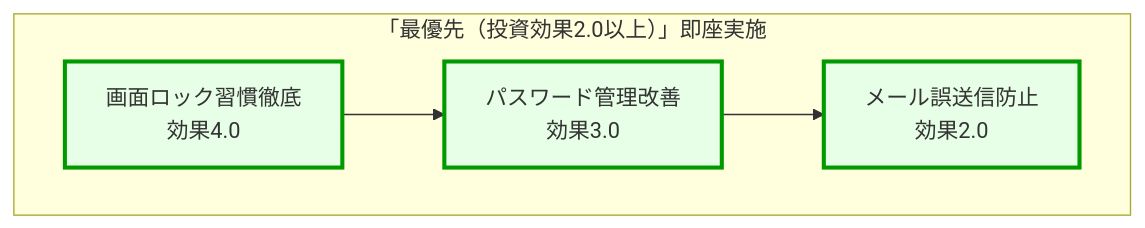
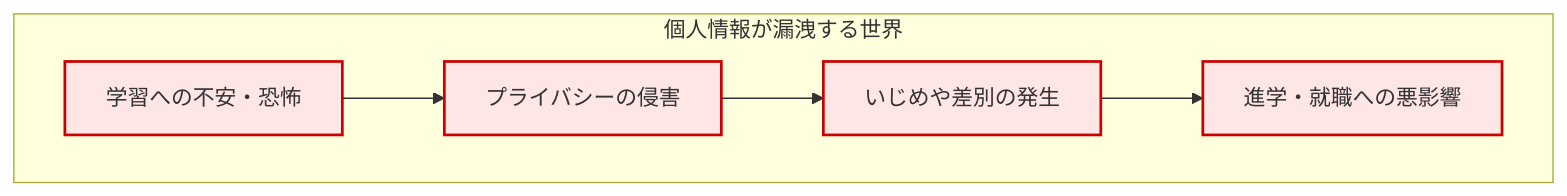
Before and after one commit to nahisaho/zenn-writing-collection: the first of 8 diagrams in books/d87165478af519/chapter10.md, drawn with Mermaid. The commit also changed other lines of this file and 17 other files, not shown here.

````diff
--- a/books/d87165478af519/chapter10.md
+++ b/books/d87165478af519/chapter10.md
@@ -266,12 +19,13 @@
 ```mermaid
 graph TB
-    subgraph 最優先[「最優先（投資効果2.0以上）」即座実施]
-        A1[画面ロック習慣徹底<br/>効果4.0]
-        A2[パスワード管理改善<br/>効果3.0]
-        A3[メール誤送信防止<br/>効果2.0]
-        A1 --> A2 --> A3
+    subgraph 個人情報が漏洩する世界
+        B1[学習への不安・恐怖]
+        B2[プライバシーの侵害]
+        B3[いじめや差別の発生]
+        B4[進学・就職への悪影響]
+        B1 --> B2 --> B3 --> B4
     end
 
-    classDef highest fill:#e6ffe6,stroke:#009900,stroke-width:3px
-    class A1,A2,A3 highest
+    classDef negative fill:#ffe6e6,stroke:#cc0000,stroke-width:2px
+    class B1,B2,B3,B4 negative
 ```
````
